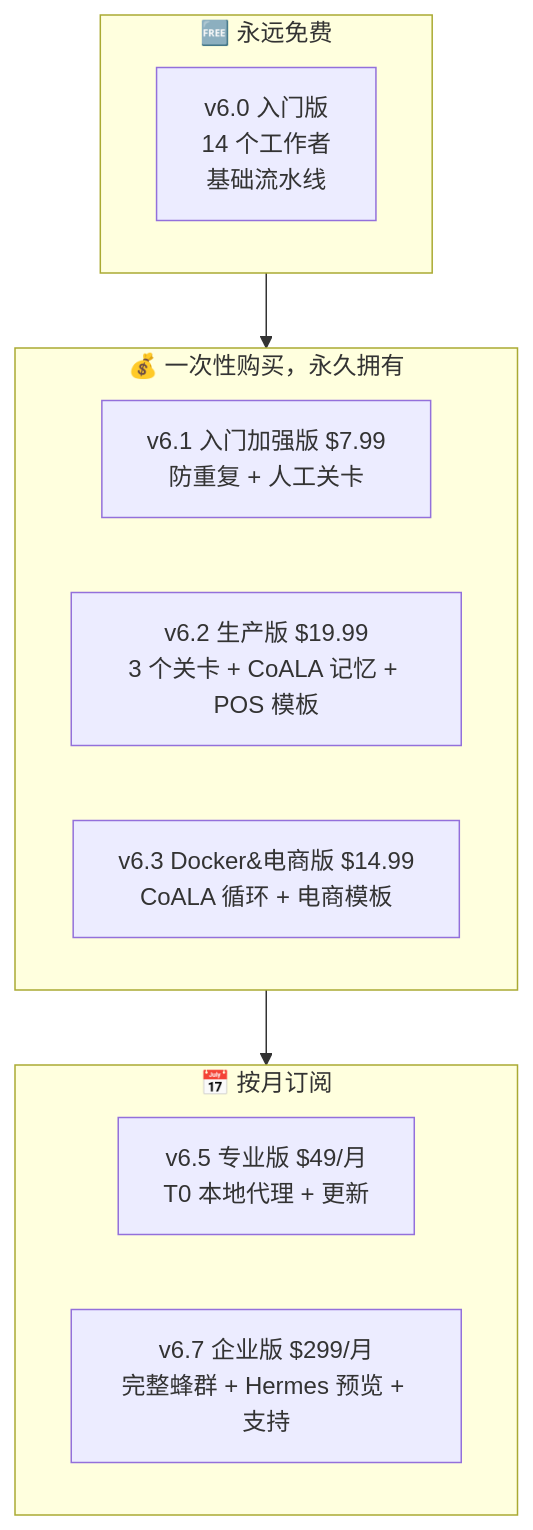
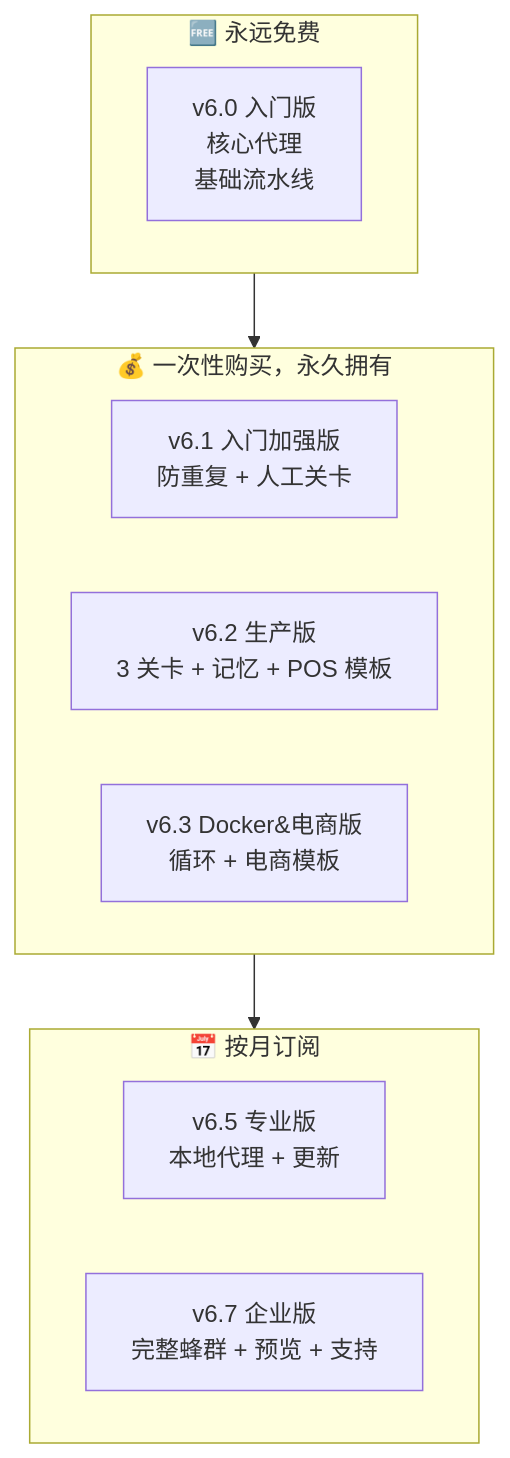
Before and after one commit to Aquilesnake/COALA-SwarmOps: the sixth of 6 diagrams in README_CN.md, drawn with Mermaid. The commit also changed other lines of this file and 6 other files, not shown here.

````diff
--- a/README_CN.md
+++ b/README_CN.md
@@ -426,19 +420,19 @@
 ```mermaid
 flowchart TB
     subgraph FREE["🆓 永远免费"]
-        F1["v6.0 入门版<br/>14 个工作者<br/>基础流水线"]
+        F1["v6.0 入门版<br/>核心代理<br/>基础流水线"]
     end
 
     subgraph LOWCOST["💰 一次性购买，永久拥有"]
-        L1["v6.1 入门加强版 $7.99<br/>防重复 + 人工关卡"]
-        L2["v6.2 生产版 $19.99<br/>3 个关卡 + CoALA 记忆 + POS 模板"]
-        L3["v6.3 Docker&电商版 $14.99<br/>CoALA 循环 + 电商模板"]
+        L1["v6.1 入门加强版<br/>防重复 + 人工关卡"]
+        L2["v6.2 生产版<br/>3 关卡 + 记忆 + POS 模板"]
+        L3["v6.3 Docker&电商版<br/>循环 + 电商模板"]
     end
 
     subgraph SUBS["📅 按月订阅"]
-        S1["v6.5 专业版 $49/月<br/>T0 本地代理 + 更新"]
-        S2["v6.7 企业版 $299/月<br/>完整蜂群 + Hermes 预览 + 支持"]
+        S1["v6.5 专业版<br/>本地代理 + 更新"]
+        S2["v6.7 企业版<br/>完整蜂群 + 预览 + 支持"]
     end
 
     FREE --> LOWCOST --> SUBS
 ```
````
